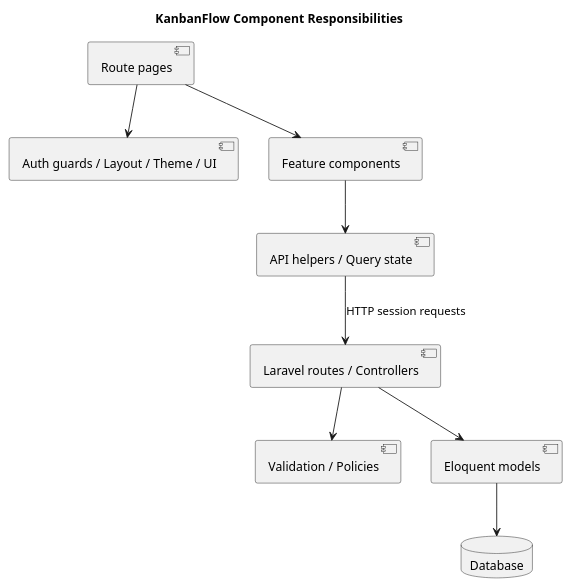
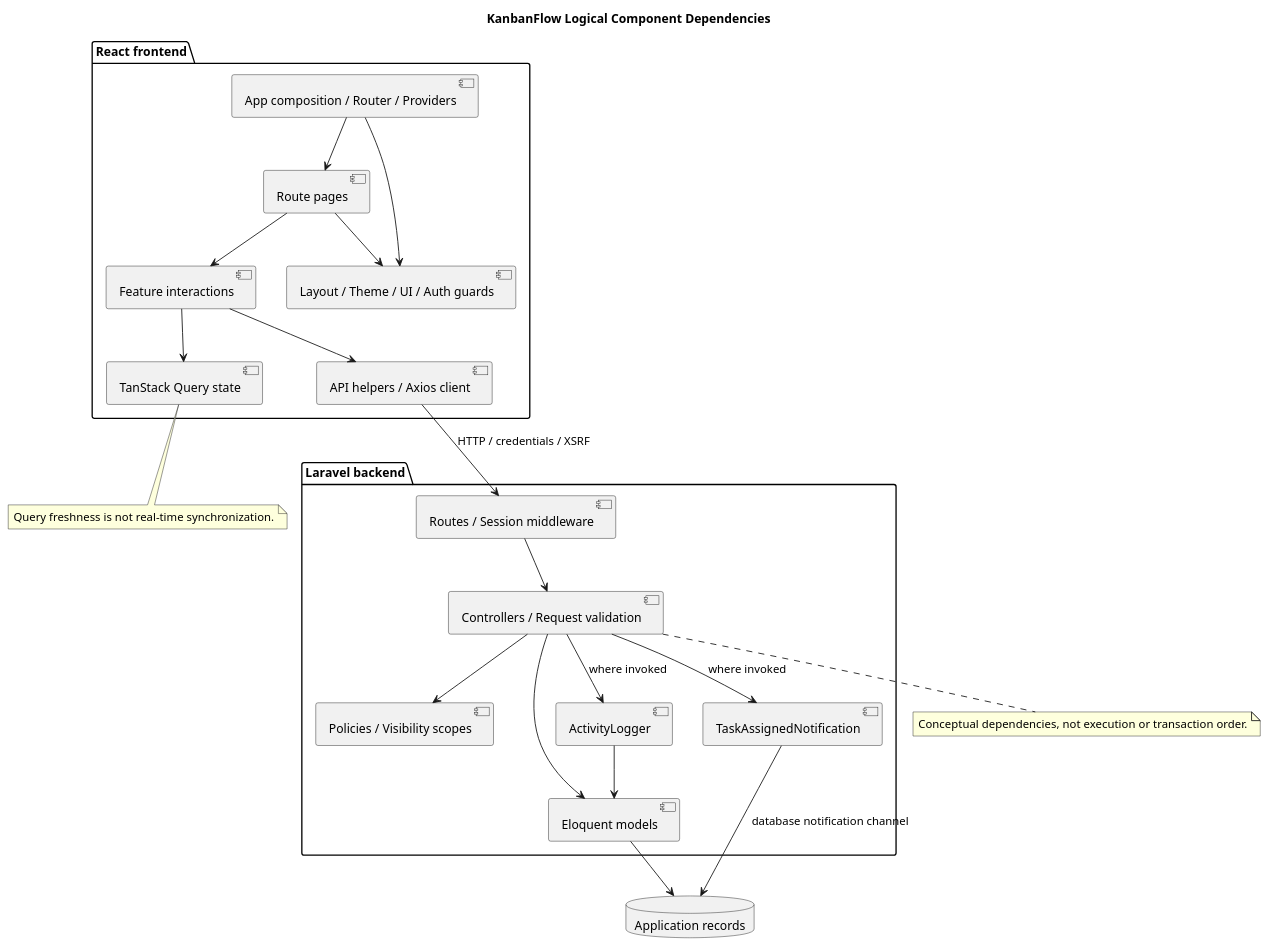
The diagram in docs/SDLC/04-design/component-diagram.md (Farhad-Valizadegan/Web-KanbanFlow), drawn with PlantUML before and after one commit. The commit also changed other lines of this file and 2 other files, not shown here.

Commit message:
docs: complete component responsibilities and dependency diagram

````diff
--- a/docs/SDLC/04-design/component-diagram.md
+++ b/docs/SDLC/04-design/component-diagram.md
@@ -30,20 +92,40 @@
 ```plantuml
 @startuml
-title KanbanFlow Component Responsibilities
-component "Route pages" as Pages
-component "Auth guards / Layout / Theme / UI" as Shared
-component "Feature components" as Features
-component "API helpers / Query state" as API
-component "Laravel routes / Controllers" as Server
-component "Validation / Policies" as Rules
-component "Eloquent models" as Models
-database Database as DB
-Pages --> Shared
-Pages --> Features
-Features --> API
-API --> Server : HTTP session requests
-Server --> Rules
-Server --> Models
+title KanbanFlow Logical Component Dependencies
+top to bottom direction
+package "React frontend" {
+ component "App composition / Router / Providers" as App
+ component "Route pages" as Pages
+ component "Layout / Theme / UI / Auth guards" as Shared
+ component "Feature interactions" as Features
+ component "TanStack Query state" as Query
+ component "API helpers / Axios client" as Client
+ App --> Pages
+ App --> Shared
+ Pages --> Shared
+ Pages --> Features
+ Features --> Query
+ Features --> Client
+}
+package "Laravel backend" {
+ component "Routes / Session middleware" as Routes
+ component "Controllers / Request validation" as Controllers
+ component "Policies / Visibility scopes" as Policies
+ component "Eloquent models" as Models
+ component "ActivityLogger" as Logger
+ component "TaskAssignedNotification" as Notifications
+ Routes --> Controllers
+ Controllers --> Policies
+ Controllers --> Models
+ Controllers --> Logger : where invoked
+ Controllers --> Notifications : where invoked
+ Logger --> Models
+}
+database "Application records" as DB
+Client --> Routes : HTTP / credentials / XSRF
 Models --> DB
+Notifications --> DB : database notification channel
+note bottom of Query : Query freshness is not real-time synchronization.
+note bottom of Controllers : Conceptual dependencies, not execution or transaction order.
 @enduml
 ```
````
